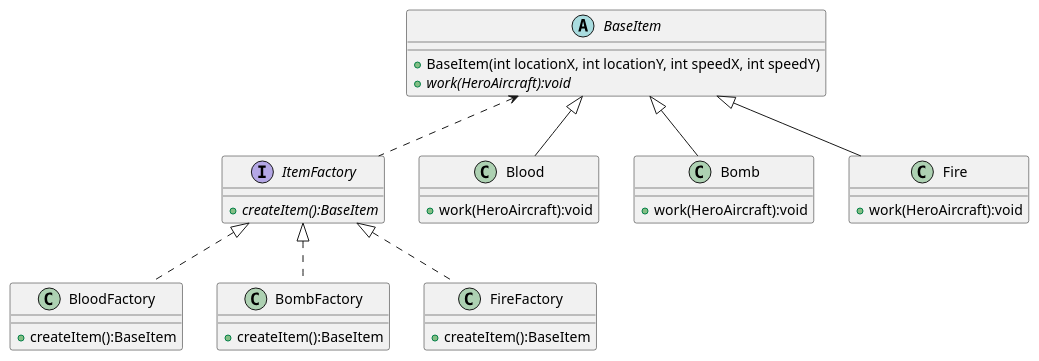
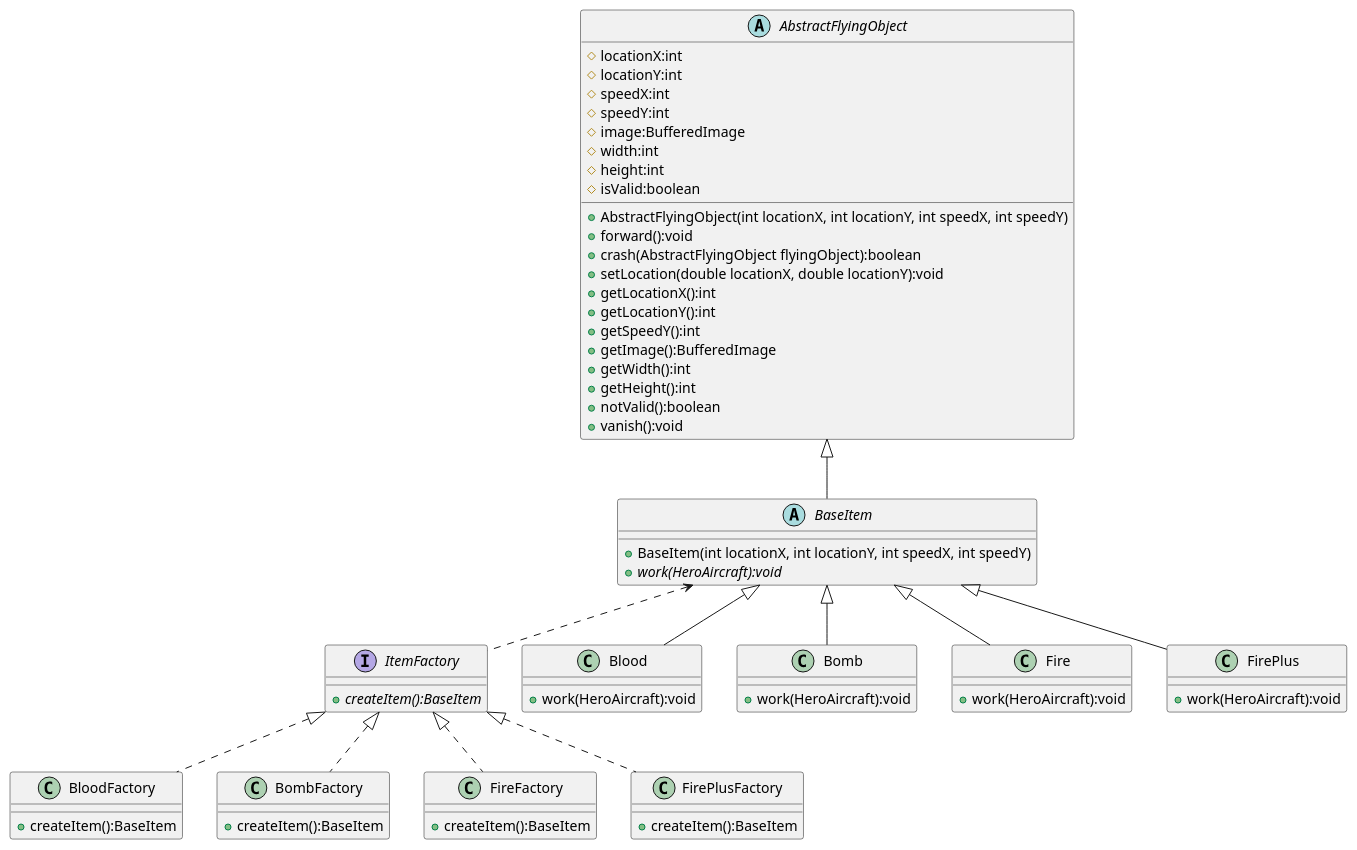
One commit to xrlexpert/Aircraft-War changed the diagram in uml/Item_Factory_Pattern.puml. Above: the diagram before and after it, drawn with PlantUML. The commit also changed 17 other files, not shown here.

Commit message:
puml类图修改

```diff
--- a/uml/Item_Factory_Pattern.puml
+++ b/uml/Item_Factory_Pattern.puml
@@ -1,36 +1,69 @@
 @startuml
 'https://plantuml.com/sequence-diagram
+abstract class AbstractFlyingObject
+{
+    # locationX:int
+    # locationY:int
+    # speedX:int
+    # speedY:int
+    # image:BufferedImage
+    # width:int
+    # height:int
+    # isValid:boolean
 
+    + AbstractFlyingObject(int locationX, int locationY, int speedX, int speedY)
+    + forward():void
+    + crash(AbstractFlyingObject flyingObject):boolean
+    + setLocation(double locationX, double locationY):void
+    + getLocationX():int
+    + getLocationY():int
+    + getSpeedY():int
+    + getImage():BufferedImage
+    + getWidth():int
+    + getHeight():int
+    + notValid():boolean
+    + vanish():void
+}
 abstract class BaseItem{
     + BaseItem(int locationX, int locationY, int speedX, int speedY)
     + {abstract} work(HeroAircraft):void
 }
 interface ItemFactory{
     + {abstract}createItem():BaseItem
 }
 class BloodFactory{
     + createItem():BaseItem
 }
 class BombFactory{
     + createItem():BaseItem
 }
 class FireFactory{
     + createItem():BaseItem
 }
+class FirePlusFactory{
+    + createItem():BaseItem
+}
 class Blood{
     + work(HeroAircraft):void
 }
 class Bomb{
     + work(HeroAircraft):void
 }
 class Fire{
     + work(HeroAircraft):void
 }
+class FirePlus{
+    + work(HeroAircraft):void
+}
+
+AbstractFlyingObject <|-- BaseItem
 BaseItem <.. ItemFactory
 BaseItem <|-- Blood
 BaseItem <|-- Bomb
 BaseItem <|-- Fire
+BaseItem <|-- FirePlus
 ItemFactory <|.. BloodFactory
 ItemFactory <|.. BombFactory
 ItemFactory <|.. FireFactory
+ItemFactory <|.. FirePlusFactory
 @enduml
```
